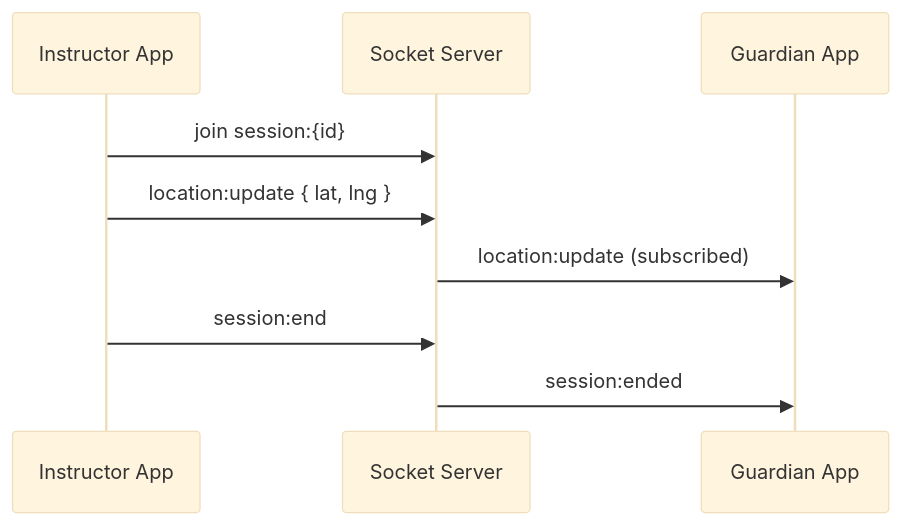
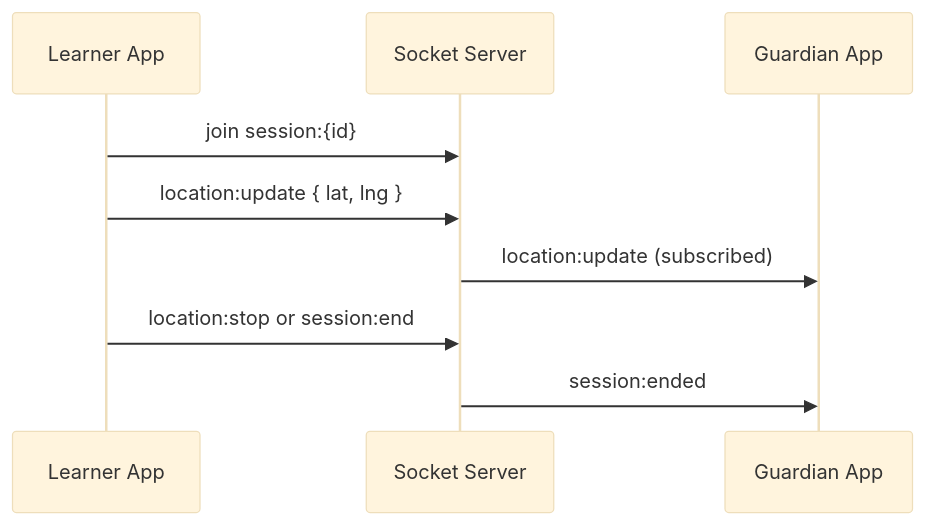
The third of 3 diagrams in docs/architecture.md (learn2driveng/learn2driveng-client), drawn with Mermaid (base theme) before and after one commit. The commit also changed other lines of this file and 102 other files, not shown here.

````diff
--- a/docs/architecture.md
+++ b/docs/architecture.md
@@ -222,12 +222,12 @@
 ```mermaid
 sequenceDiagram
-    participant I as Instructor App
+    participant L as Learner App
     participant S as Socket Server
     participant G as Guardian App
 
-    I->>S: join session:{id}
-    I->>S: location:update { lat, lng }
+    L->>S: join session:{id}
+    L->>S: location:update { lat, lng }
     S->>G: location:update (subscribed)
-    I->>S: session:end
+    L->>S: location:stop or session:end
     S->>G: session:ended
 ```
````
